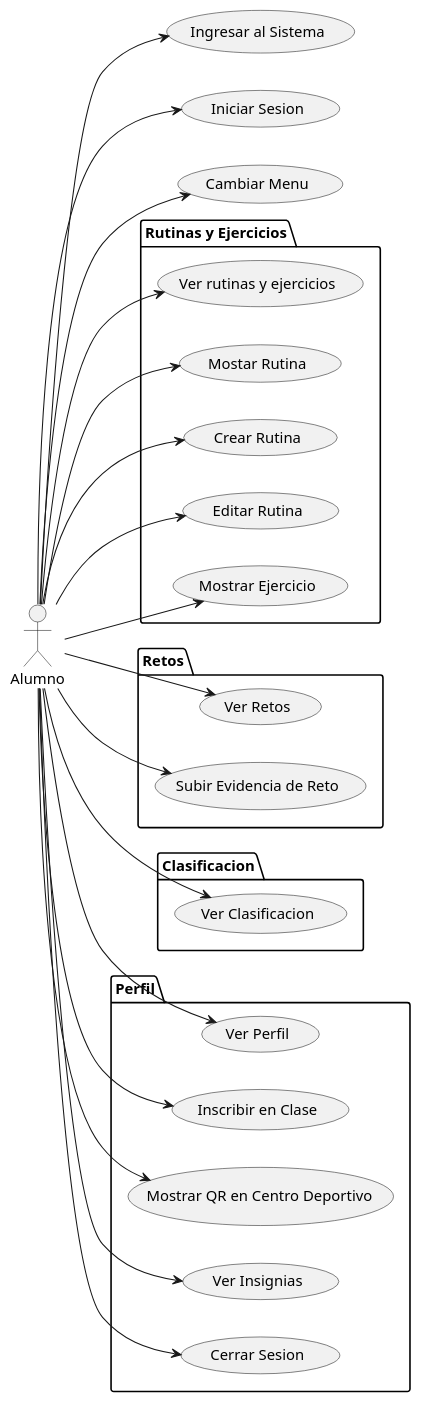
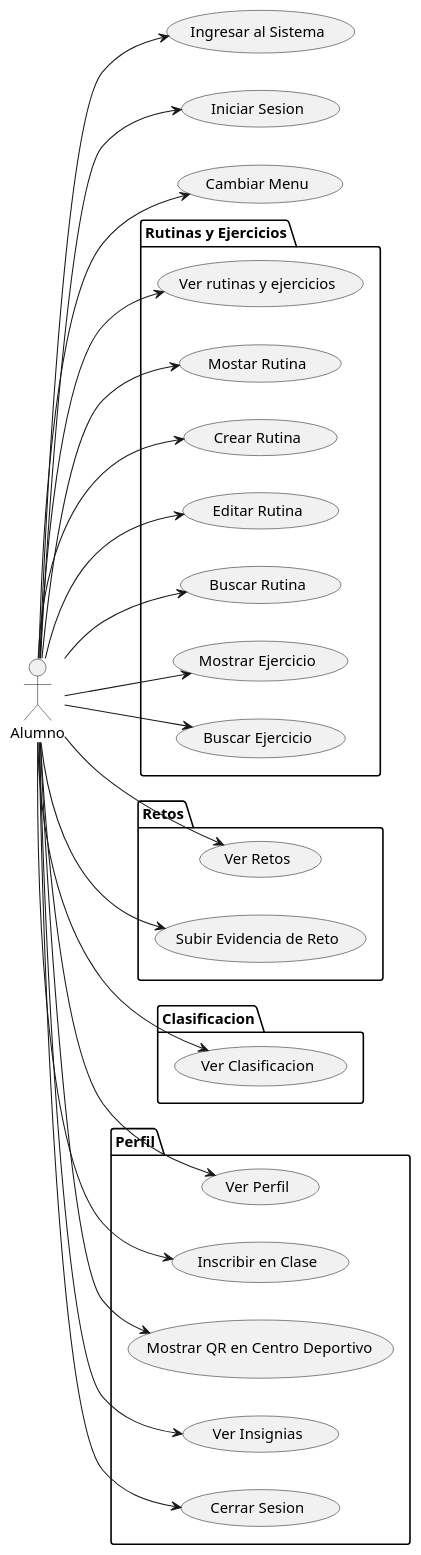
One commit to mmasias/24-25-IdSw1-SDR changed the diagram in Documentos/CasosUso/CdU_Alumno.puml. Above: the diagram before and after it, drawn with PlantUML.

```diff
--- a/Documentos/CasosUso/CdU_Alumno.puml
+++ b/Documentos/CasosUso/CdU_Alumno.puml
@@ -1,63 +1,64 @@
 @startuml CdU_Alumno
 left to right direction
 
 actor Alumno
 
 package "Rutinas y Ejercicios" {
     usecase "Ver rutinas y ejercicios" as IrARutinasYEjercicios
 
    
         usecase "Mostar Rutina" as MostrarRutina
         usecase "Crear Rutina" as CrearRutina
         usecase "Editar Rutina" as EditarRutina
-    
-
-   
+        usecase "Buscar Rutina" as BuscarRutina
         usecase "Mostrar Ejercicio" as MostrarEjercicio
+        usecase "Buscar Ejercicio" as BuscarEjercicio
     
 }
 
 package Retos {
     usecase "Ver Retos" as IrARetos
     usecase "Subir Evidencia de Reto" as SubirEvidencia
 }
 
 package Clasificacion {
     usecase "Ver Clasificacion" as IrAClasificacion
 }
 
 package Perfil {
     usecase "Ver Perfil" as IrAPerfil
     usecase "Inscribir en Clase" as InscribirEnClase
     usecase "Mostrar QR en Centro Deportivo" as MostrarQRCentros
     usecase "Ver Insignias" as VerInsignias
     usecase "Cerrar Sesion" as CerrarSesion
 }
 
 usecase "Ingresar al Sistema" as IngresarAlSistema
 usecase "Iniciar Sesion" as IniciarSesion
 
 usecase "Cambiar Menu" as CambiarMenu
 
 Alumno --> IngresarAlSistema
 Alumno --> IniciarSesion
 Alumno --> CerrarSesion
 Alumno --> CambiarMenu
 
 Alumno --> IrARutinasYEjercicios
 Alumno --> MostrarRutina
 Alumno --> CrearRutina
 Alumno --> EditarRutina
 Alumno --> MostrarEjercicio
+Alumno --> BuscarEjercicio
+Alumno --> BuscarRutina
 
 Alumno --> IrARetos
 Alumno --> SubirEvidencia
 
 Alumno --> IrAClasificacion
 
 Alumno --> IrAPerfil
 Alumno --> InscribirEnClase
 Alumno --> MostrarQRCentros
 Alumno --> VerInsignias
 
 @enduml
```
